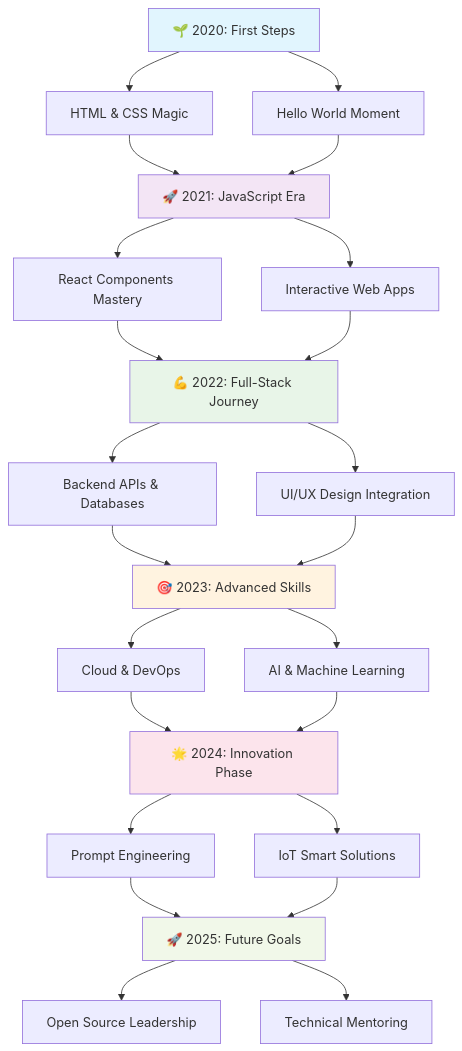
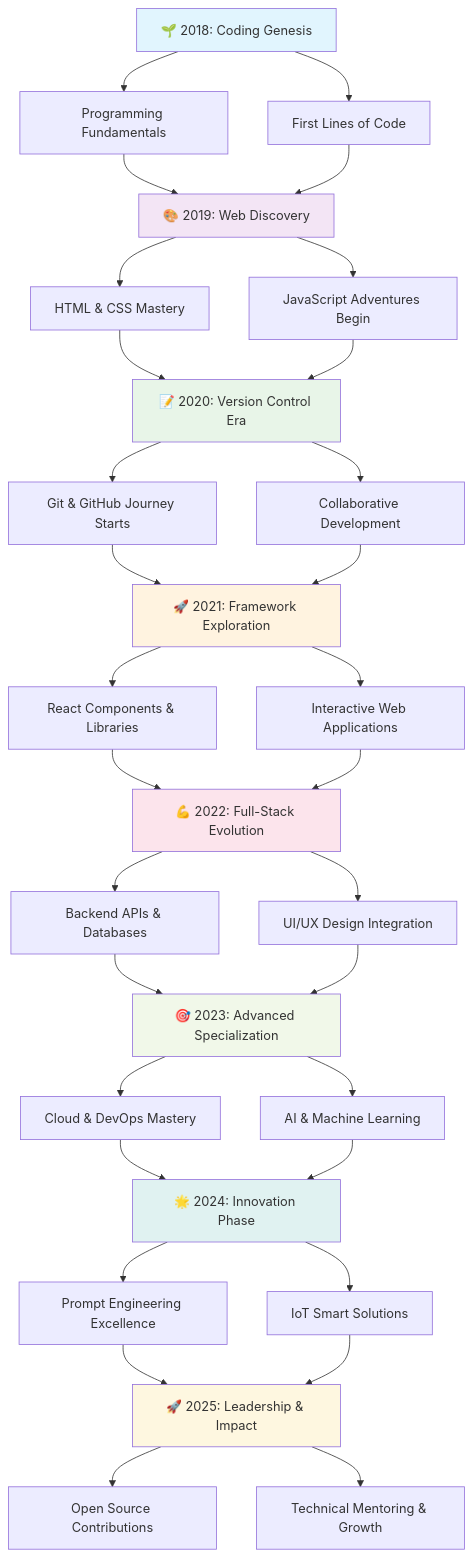
The diagram in README.md (vj-vijeta/vj-vijeta), drawn with Mermaid before and after one commit. The commit also changed other lines of this file, not shown here.

````diff
--- a/README.md
+++ b/README.md
@@ -416,37 +445,49 @@
 ```mermaid
 flowchart TD
-    A[🌱 2020: First Steps] --> B[HTML & CSS Magic]
-    A --> C[Hello World Moment]
+    A[🌱 2018: Coding Genesis] --> B[Programming Fundamentals]
+    A --> C[First Lines of Code]
     
-    B --> D[🚀 2021: JavaScript Era]
+    B --> D[🎨 2019: Web Discovery]
     C --> D
-    D --> E[React Components Mastery]
-    D --> F[Interactive Web Apps]
+    D --> E[HTML & CSS Mastery]
+    D --> F[JavaScript Adventures Begin]
     
-    E --> G[💪 2022: Full-Stack Journey]
+    E --> G[📝 2020: Version Control Era]
     F --> G
-    G --> H[Backend APIs & Databases]
-    G --> I[UI/UX Design Integration]
+    G --> H[Git & GitHub Journey Starts]
+    G --> I[Collaborative Development]
     
-    H --> J[🎯 2023: Advanced Skills]
+    H --> J[🚀 2021: Framework Exploration]
     I --> J
-    J --> K[Cloud & DevOps]
-    J --> L[AI & Machine Learning]
+    J --> K[React Components & Libraries]
+    J --> L[Interactive Web Applications]
     
-    K --> M[🌟 2024: Innovation Phase]
+    K --> M[💪 2022: Full-Stack Evolution]
     L --> M
-    M --> N[Prompt Engineering]
-    M --> O[IoT Smart Solutions]
+    M --> N[Backend APIs & Databases]
+    M --> O[UI/UX Design Integration]
     
-    N --> P[🚀 2025: Future Goals]
+    N --> P[🎯 2023: Advanced Specialization]
     O --> P
-    P --> Q[Open Source Leadership]
-    P --> R[Technical Mentoring]
+    P --> Q[Cloud & DevOps Mastery]
+    P --> R[AI & Machine Learning]
+    
+    Q --> S[🌟 2024: Innovation Phase]
+    R --> S
+    S --> T[Prompt Engineering Excellence]
+    S --> U[IoT Smart Solutions]
+    
+    T --> V[🚀 2025: Leadership & Impact]
+    U --> V
+    V --> W[Open Source Contributions]
+    V --> X[Technical Mentoring & Growth]
     
     style A fill:#e1f5fe
     style D fill:#f3e5f5
     style G fill:#e8f5e8
     style J fill:#fff3e0
     style M fill:#fce4ec
     style P fill:#f1f8e9
+    style S fill:#e0f2f1
+    style V fill:#fef7e0
 ```
````
